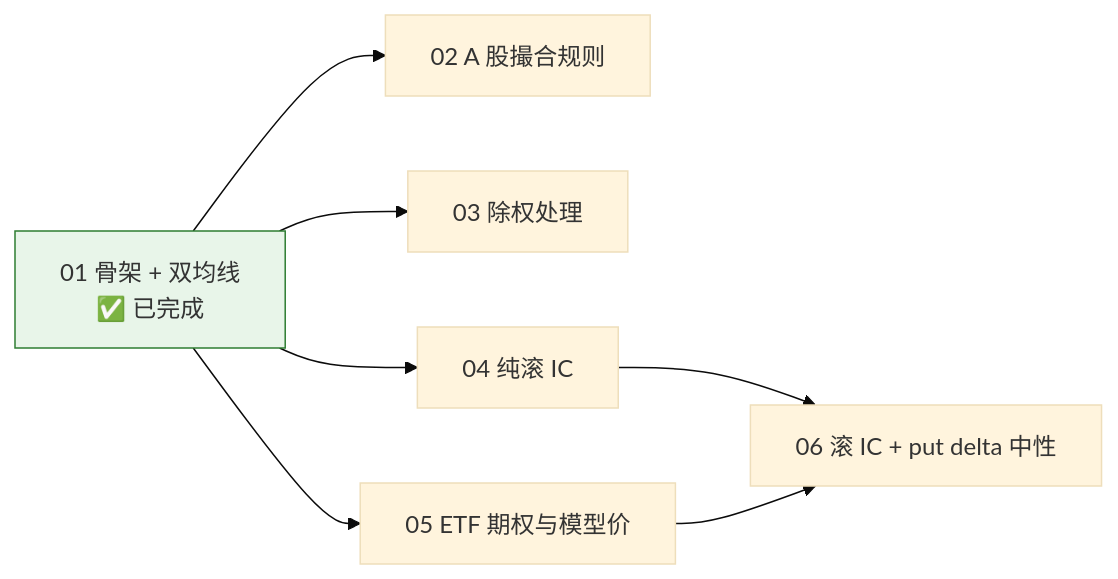
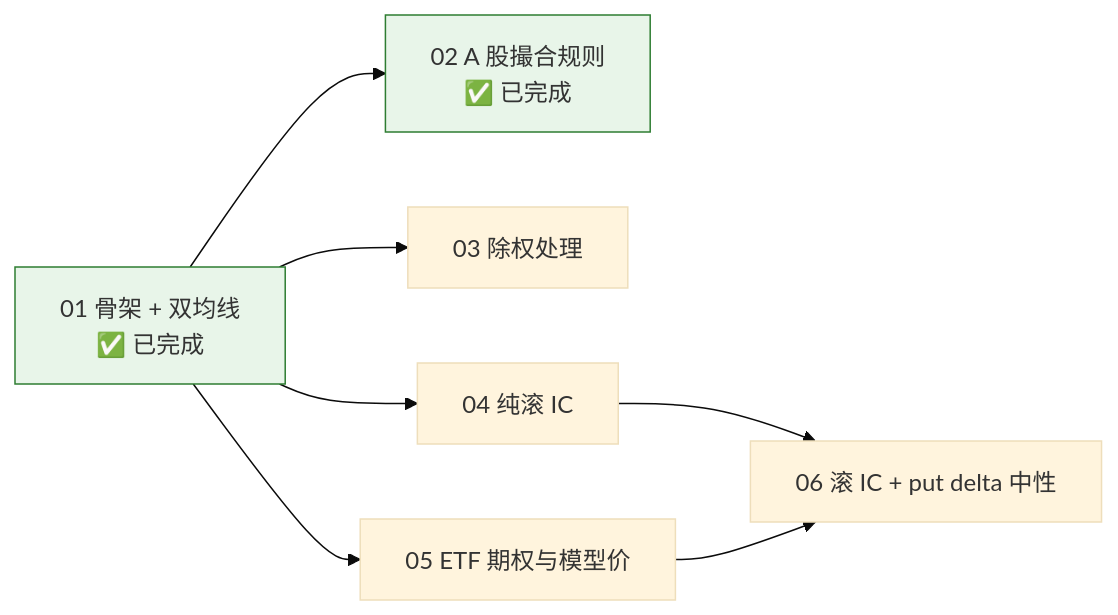
Before and after one commit to guevara12345/quant: the eighth of 8 diagrams in docs/design.md, drawn with Mermaid (base theme). The commit also changed other lines of this file and 16 other files, not shown here.

````diff
--- a/docs/design.md
+++ b/docs/design.md
@@ -288,11 +288,11 @@
 ```mermaid
 flowchart LR
-    T01["01 骨架 + 双均线<br/>✅ 已完成"] --> T02[02 A 股撮合规则]
+    T01["01 骨架 + 双均线<br/>✅ 已完成"] --> T02["02 A 股撮合规则<br/>✅ 已完成"]
     T01 --> T03[03 除权处理]
     T01 --> T04[04 纯滚 IC]
     T01 --> T05[05 ETF 期权与模型价]
     T04 --> T06[06 滚 IC + put delta 中性]
     T05 --> T06
     classDef done fill:#e8f5e9,stroke:#2e7d32
-    class T01 done
+    class T01,T02 done
 ```
````
